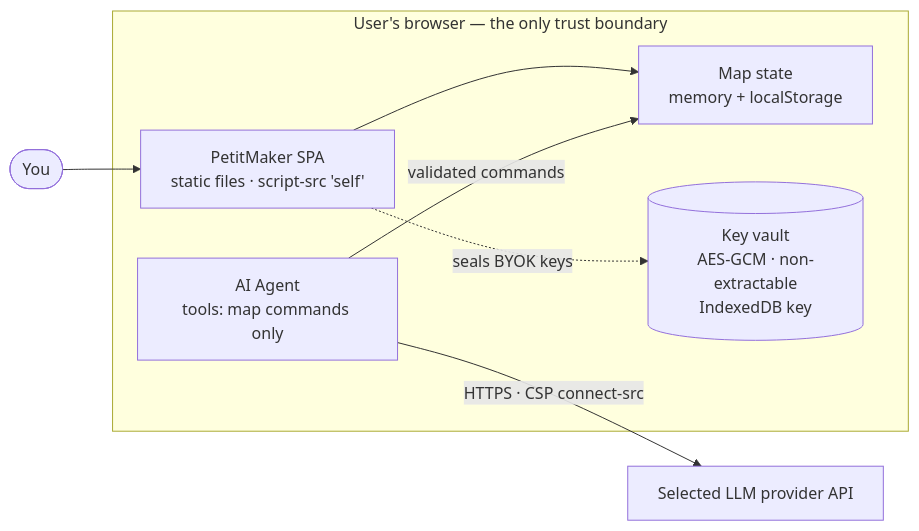
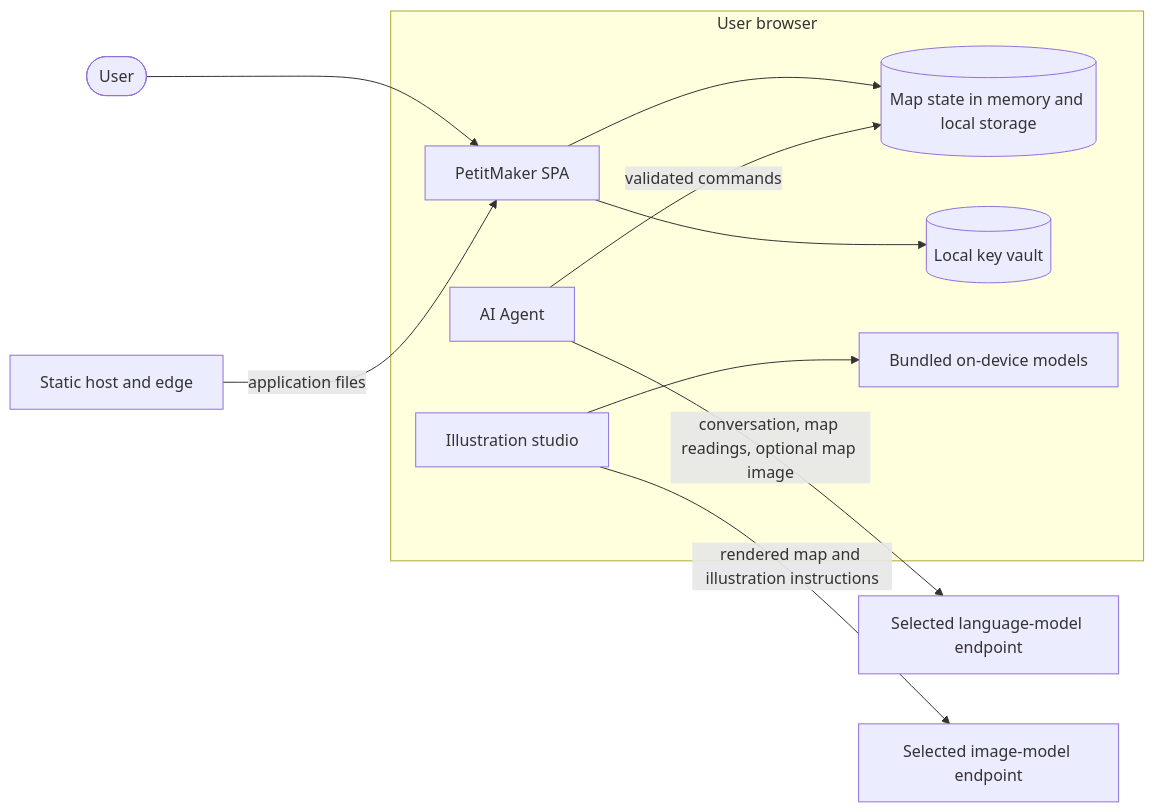
The diagram in docs/THREAT_MODEL.md (Stry233/PetitMaker), drawn with Mermaid before and after one commit. The commit also changed other lines of this file and 777 other files, not shown here.

````diff
--- a/docs/THREAT_MODEL.md
+++ b/docs/THREAT_MODEL.md
@@ -11,14 +11,19 @@
 ```mermaid
 flowchart LR
-    user(["You"]) --> spa
-    subgraph browser["User's browser — the only trust boundary"]
-        spa["PetitMaker SPA<br/>static files · script-src 'self'"]
-        map["Map state<br/>memory + localStorage"]
-        agent["AI Agent<br/>tools: map commands only"]
-        vault[("Key vault<br/>AES-GCM · non-extractable<br/>IndexedDB key")]
+    user([User]) --> spa
+    host[Static host and edge] -->|application files| spa
+    subgraph browser[User browser]
+        spa[PetitMaker SPA]
+        map[(Map state in memory and local storage)]
+        vault[(Local key vault)]
+        agent[AI Agent]
+        studio[Illustration studio]
+        local[Bundled on-device models]
         spa --> map
+        spa --> vault
         agent -->|validated commands| map
-        spa -. seals BYOK keys .-> vault
+        studio --> local
     end
-    agent -->|"HTTPS · CSP connect-src"| provider["Selected LLM provider API"]
+    agent -->|conversation, map readings, optional map image| llm[Selected language-model endpoint]
+    studio -->|rendered map and illustration instructions| image[Selected image-model endpoint]
 ```
````
